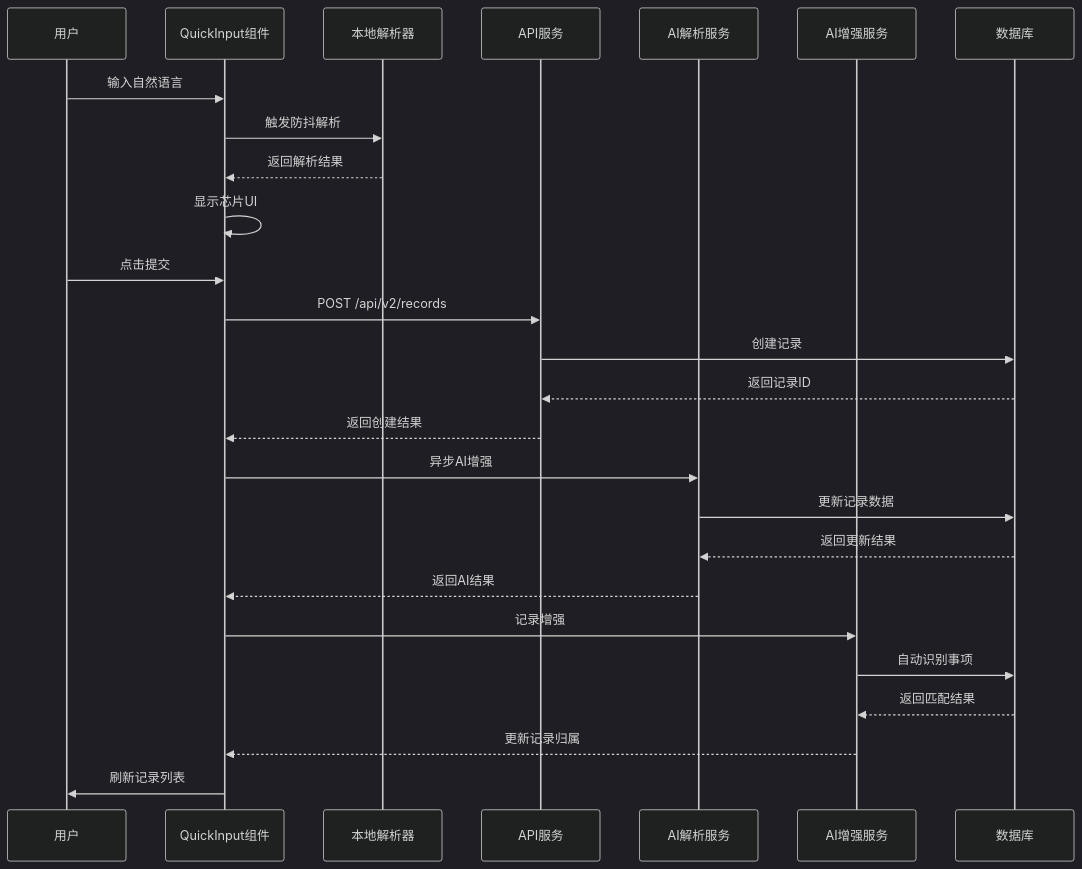
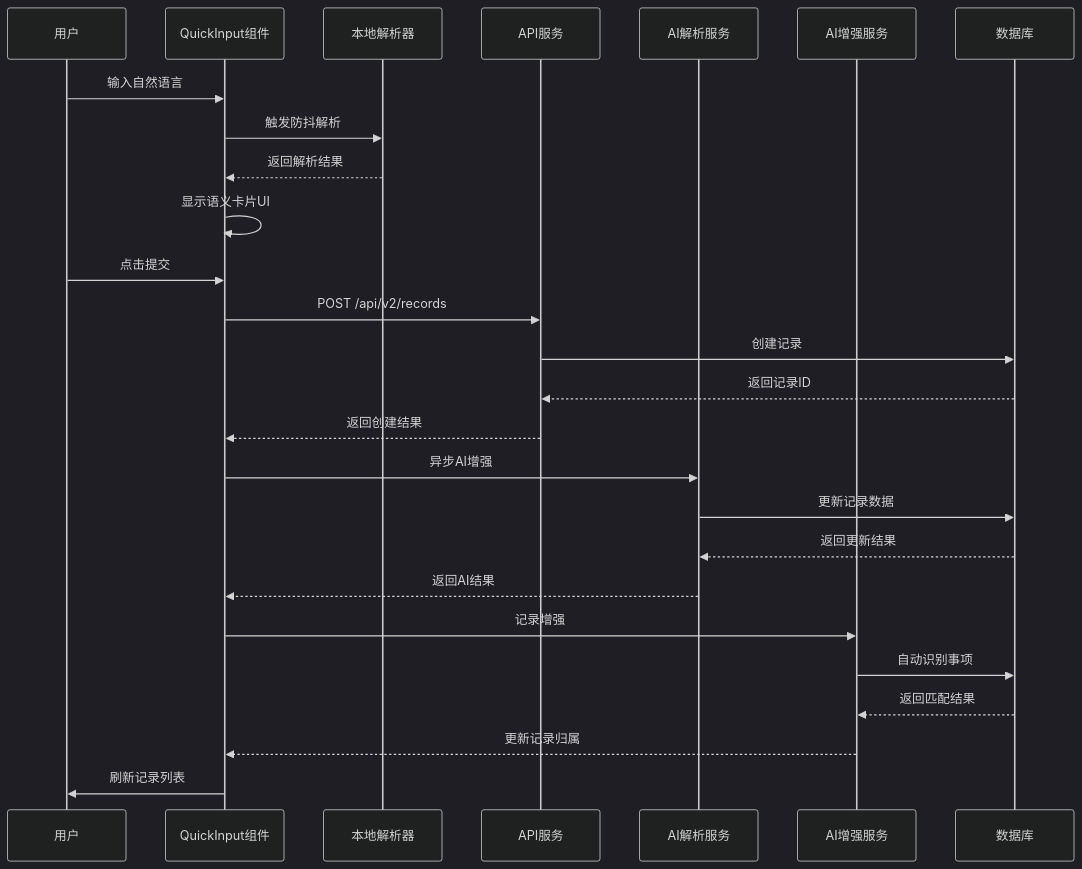
The second of 7 diagrams in .qoder/repowiki/zh/content/核心功能模块/记录管理系统/记录录入功能.md (bbong1234/TETO), drawn with Mermaid (dark theme) before and after one commit. The commit also changed other lines of this file and 10 other files, not shown here.

````diff
--- a/.qoder/repowiki/zh/content/核心功能模块/记录管理系统/记录录入功能.md
+++ b/.qoder/repowiki/zh/content/核心功能模块/记录管理系统/记录录入功能.md
@@ -163,28 +168,28 @@
 ```mermaid
 sequenceDiagram
 participant User as 用户
 participant QuickInput as QuickInput组件
 participant LocalParser as 本地解析器
 participant APIService as API服务
 participant AIService as AI解析服务
 participant EnhanceAI as AI增强服务
 participant DB as 数据库
 User->>QuickInput : 输入自然语言
 QuickInput->>LocalParser : 触发防抖解析
 LocalParser-->>QuickInput : 返回解析结果
-QuickInput->>QuickInput : 显示芯片UI
+QuickInput->>QuickInput : 显示语义卡片UI
 User->>QuickInput : 点击提交
 QuickInput->>APIService : POST /api/v2/records
 APIService->>DB : 创建记录
 DB-->>APIService : 返回记录ID
 APIService-->>QuickInput : 返回创建结果
 QuickInput->>AIService : 异步AI增强
 AIService->>DB : 更新记录数据
 DB-->>AIService : 返回更新结果
 AIService-->>QuickInput : 返回AI结果
 QuickInput->>EnhanceAI : 记录增强
 EnhanceAI->>DB : 自动识别事项
 DB-->>EnhanceAI : 返回匹配结果
 EnhanceAI-->>QuickInput : 更新记录归属
 QuickInput->>User : 刷新记录列表
 ```
````
